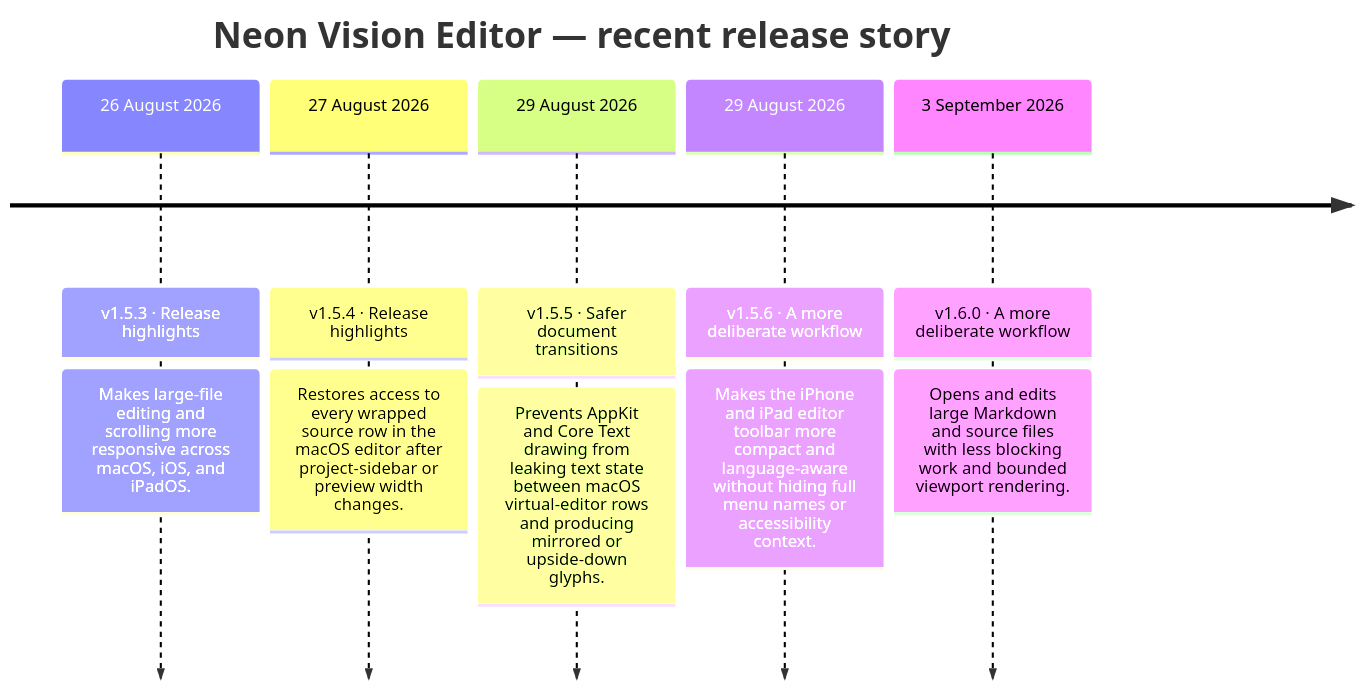
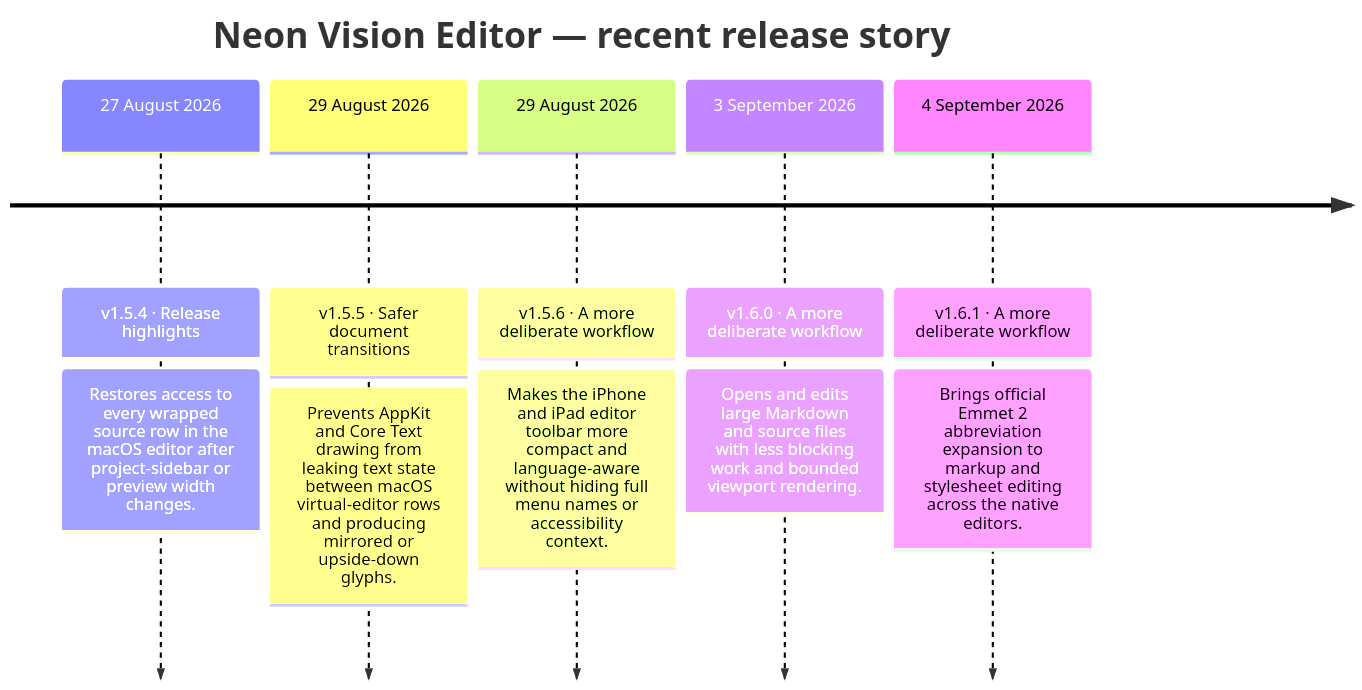
The second of 2 diagrams in README.md (h3pdesign/Neon-Vision-Editor), drawn with Mermaid before and after one commit. The commit also changed other lines of this file and 12 other files, not shown here.

````diff
--- a/README.md
+++ b/README.md
@@ -768,14 +780,14 @@
 ```mermaid
 timeline
     title Neon Vision Editor — recent release story
-    26 August 2026 : v1.5.3 · Release highlights
-                : Makes large-file editing and scrolling more responsive across macOS, iOS, and iPadOS.
     27 August 2026 : v1.5.4 · Release highlights
                 : Restores access to every wrapped source row in the macOS editor after project-sidebar or preview width changes.
     29 August 2026 : v1.5.5 · Safer document transitions
                 : Prevents AppKit and Core Text drawing from leaking text state between macOS virtual-editor rows and producing mirrored or upside-down glyphs.
     29 August 2026 : v1.5.6 · A more deliberate workflow
                 : Makes the iPhone and iPad editor toolbar more compact and language-aware without hiding full menu names or accessibility context.
     3 September 2026 : v1.6.0 · A more deliberate workflow
                 : Opens and edits large Markdown and source files with less blocking work and bounded viewport rendering.
+    4 September 2026 : v1.6.1 · A more deliberate workflow
+                : Brings official Emmet 2 abbreviation expansion to markup and stylesheet editing across the native editors.
 ```
````
